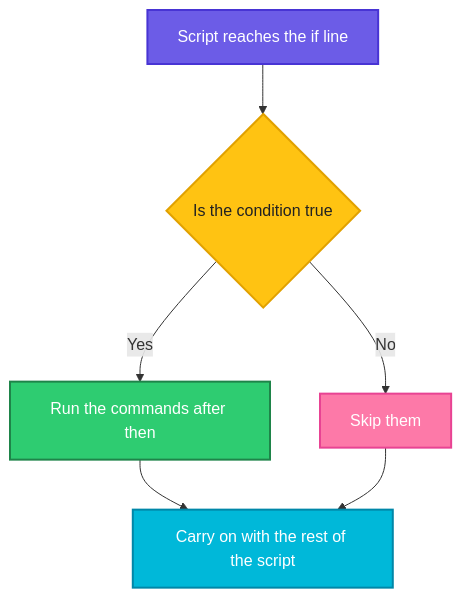
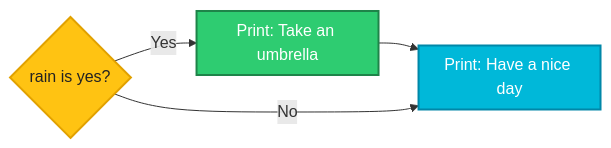
The first of 2 diagrams in shell-script/06-if-conditions.md (codeKerdosTech/DevOps-Documentation), drawn with Mermaid before and after one commit. The commit also changed other lines of this file and 10 other files, not shown here.

````diff
--- a/shell-script/06-if-conditions.md
+++ b/shell-script/06-if-conditions.md
@@ -39,18 +41,16 @@
 ```mermaid
-flowchart TD
-    A["Script reaches the if line"] --> B{"Is the condition true"}
-    B -- Yes --> C["Run the commands after then"]
-    B -- No --> D["Skip them"]
-    C --> E["Carry on with the rest of the script"]
-    D --> E
+%%{init: {"flowchart": {"nodeSpacing": 30, "rankSpacing": 40, "wrappingWidth": 150, "padding": 8}}}%%
+flowchart LR
+    A{"rain is yes?"}
+    A -- Yes --> B["Print: Take an umbrella"]
+    B --> C["Print: Have a nice day"]
+    A -- No --> C
     classDef start fill:#6C5CE7,stroke:#4834D4,stroke-width:2px,color:#fff
     classDef proc fill:#00B8D9,stroke:#0087A8,stroke-width:2px,color:#fff
     classDef dec fill:#FFC312,stroke:#E1A100,stroke-width:2px,color:#222
     classDef ok fill:#2ECC71,stroke:#1E8449,stroke-width:2px,color:#fff
     classDef out fill:#FD79A8,stroke:#E84393,stroke-width:2px,color:#fff
-    class A start
-    class B dec
-    class C ok
-    class D out
-    class E proc
+    class A dec
+    class B ok
+    class C proc
 ```
````
